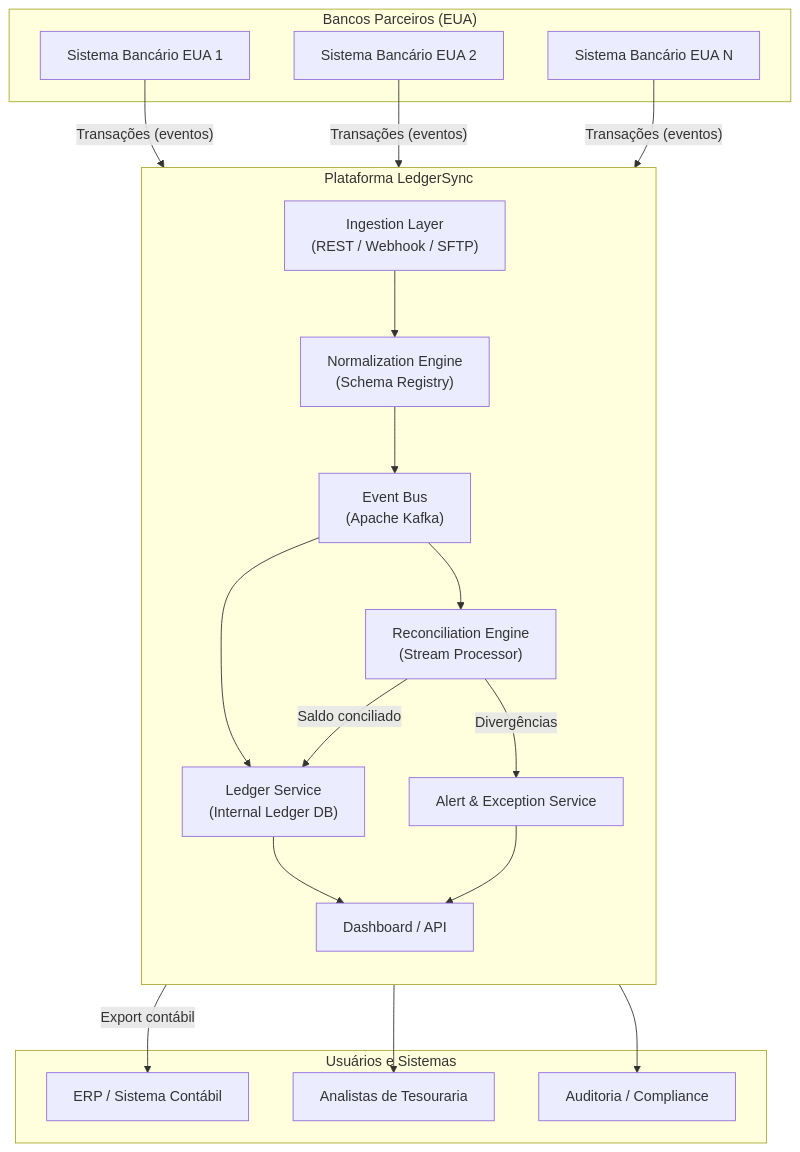
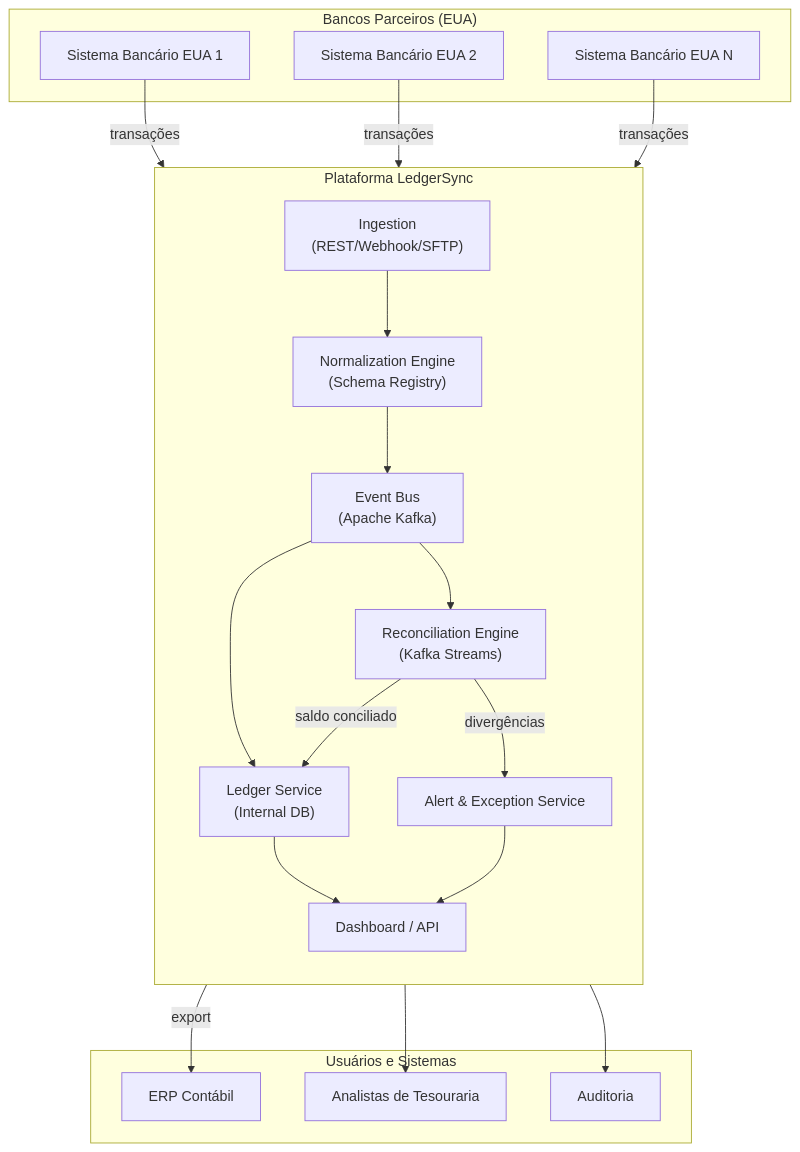
The first of 4 diagrams in README.md (wrycaio/trabalho-fiap), drawn with Mermaid before and after one commit. The commit also changed other lines of this file, not shown here.

````diff
--- a/README.md
+++ b/README.md
@@ -125,39 +129,38 @@
 ```mermaid
 flowchart TB
     subgraph Bancos_Parceiros["Bancos Parceiros (EUA)"]
         B1[Sistema Bancário EUA 1]
         B2[Sistema Bancário EUA 2]
         B3[Sistema Bancário EUA N]
     end
 
     subgraph LedgerSync["Plataforma LedgerSync"]
         direction TB
-        
-        ING["Ingestion Layer\n(REST / Webhook / SFTP)"]
+        ING["Ingestion\n(REST/Webhook/SFTP)"]
         NORM["Normalization Engine\n(Schema Registry)"]
         EVB["Event Bus\n(Apache Kafka)"]
-        REC["Reconciliation Engine\n(Stream Processor)"]
-        LED["Ledger Service\n(Internal Ledger DB)"]
+        REC["Reconciliation Engine\n(Kafka Streams)"]
+        LED["Ledger Service\n(Internal DB)"]
         ALERT["Alert & Exception Service"]
         DASH["Dashboard / API"]
     end
 
-    subgraph Usuarios_e_Sistemas["Usuários e Sistemas"]
-        ERP["ERP / Sistema Contábil"]
+    subgraph Fora["Usuários e Sistemas"]
+        ERP["ERP Contábil"]
         UI["Analistas de Tesouraria"]
-        AUD["Auditoria / Compliance"]
+        AUD["Auditoria"]
     end
 
-    B1 & B2 & B3 -->|"Transações (eventos)"| ING
+    B1 & B2 & B3 -->|"transações"| ING
     ING --> NORM
     NORM --> EVB
     EVB --> REC
     EVB --> LED
-    REC -->|"Divergências"| ALERT
-    REC -->|"Saldo conciliado"| LED
+    REC -->|"divergências"| ALERT
+    REC -->|"saldo conciliado"| LED
     LED --> DASH
     ALERT --> DASH
     DASH --> UI
     DASH --> AUD
-    LED -->|"Export contábil"| ERP
+    LED -->|"export"| ERP
 ```
````
